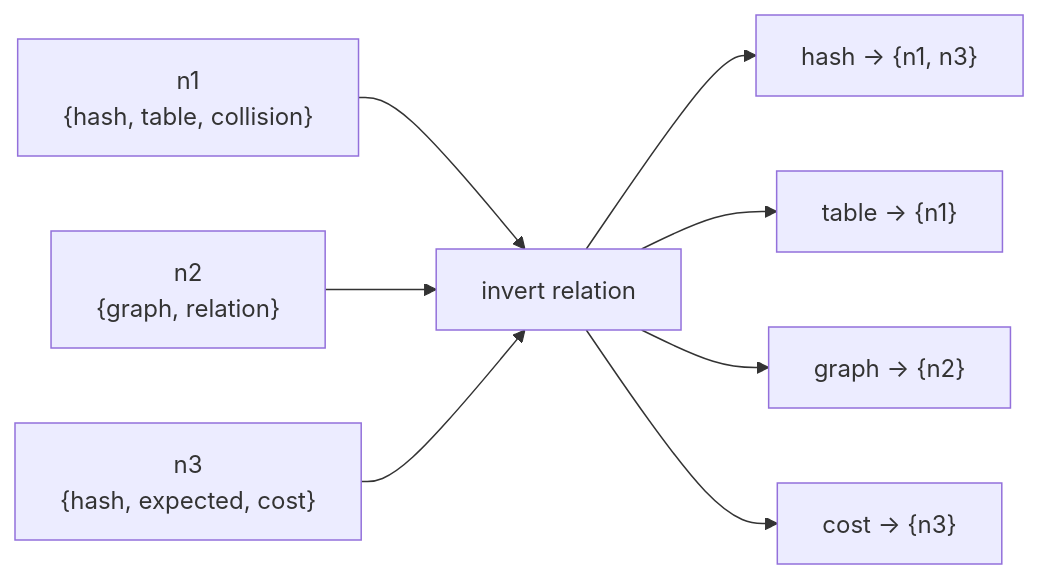
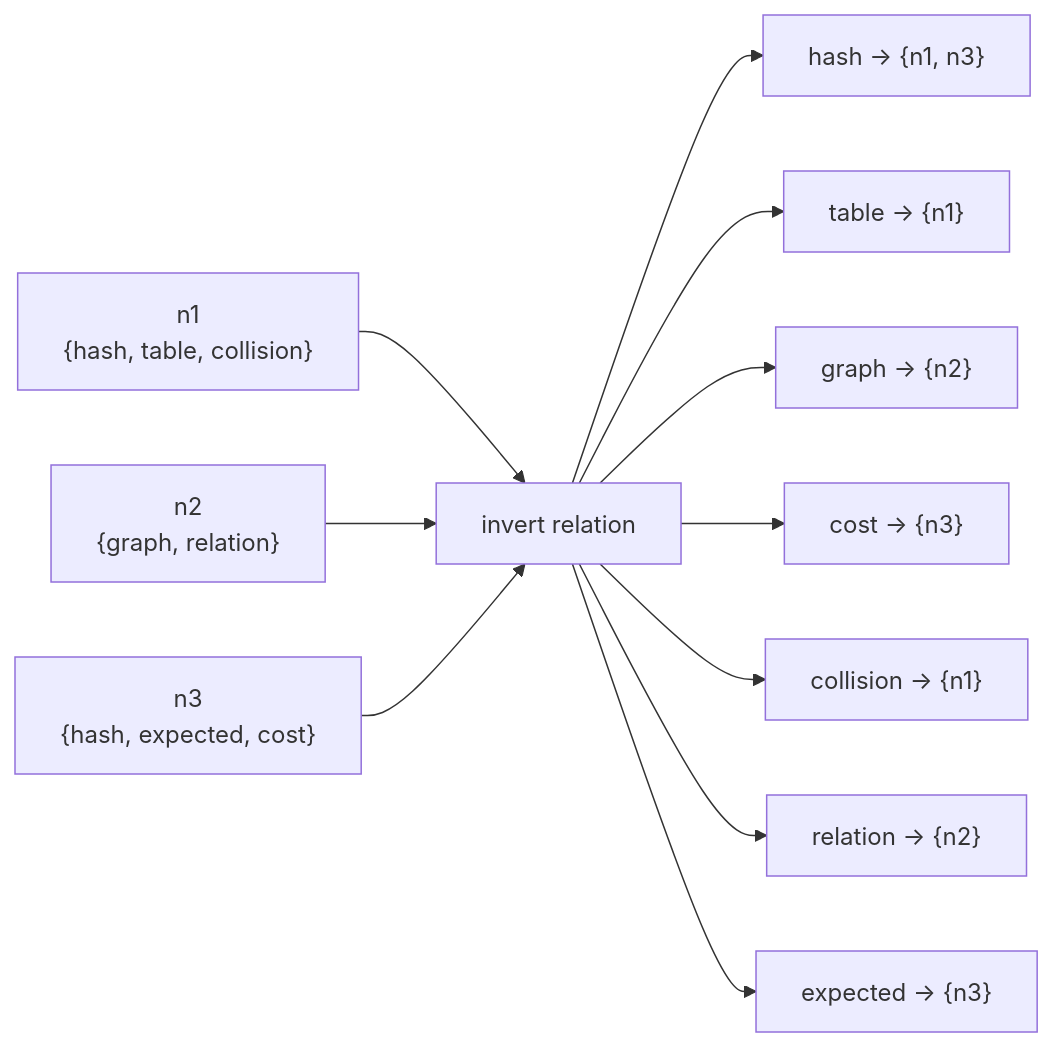
One commit to michaeliu3/atlas-academy-python-cs changed the seventh of 9 diagrams in content/modules/08_hashing_dictionaries_sets_indexing.md. Above: the diagram before and after it, drawn with Mermaid. The commit also changed other lines of this file and 8 other files, not shown here.

````diff
--- a/content/modules/08_hashing_dictionaries_sets_indexing.md
+++ b/content/modules/08_hashing_dictionaries_sets_indexing.md
@@ -748,10 +768,16 @@
 ```mermaid
+%% atlas-diagram-id: m08-inverted-index-transformation
+%% atlas-diagram-title: Inverting notes by token produces an index of posting sets
+%% atlas-diagram-alt: Three notes containing token sets are inverted into postings: hash maps to n1 and n3, table to n1, graph to n2, and cost to n3. Query processing can then retrieve candidate note IDs by token.
 flowchart LR
     N1["n1<br/>{hash, table, collision}"] --> INV["invert relation"]
     N2["n2<br/>{graph, relation}"] --> INV
     N3["n3<br/>{hash, expected, cost}"] --> INV
     INV --> H["hash → {n1, n3}"]
     INV --> T["table → {n1}"]
     INV --> G["graph → {n2}"]
     INV --> C["cost → {n3}"]
+    INV --> COLLISION["collision → {n1}"]
+    INV --> RELATION["relation → {n2}"]
+    INV --> EXPECTED["expected → {n3}"]
 ```
````
